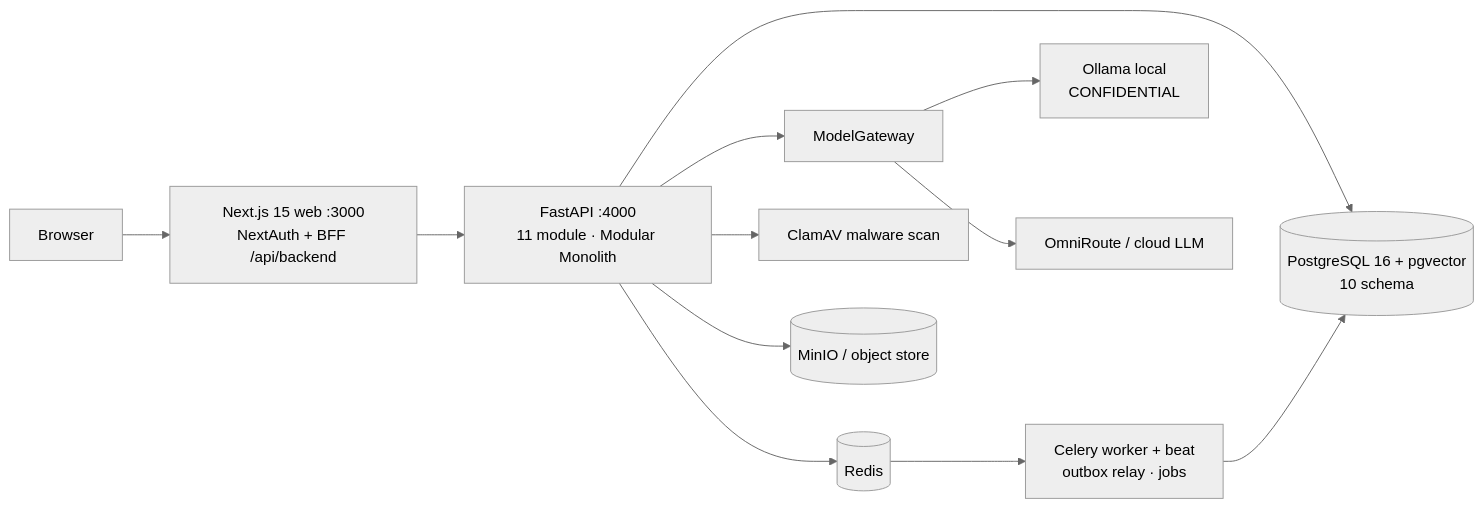
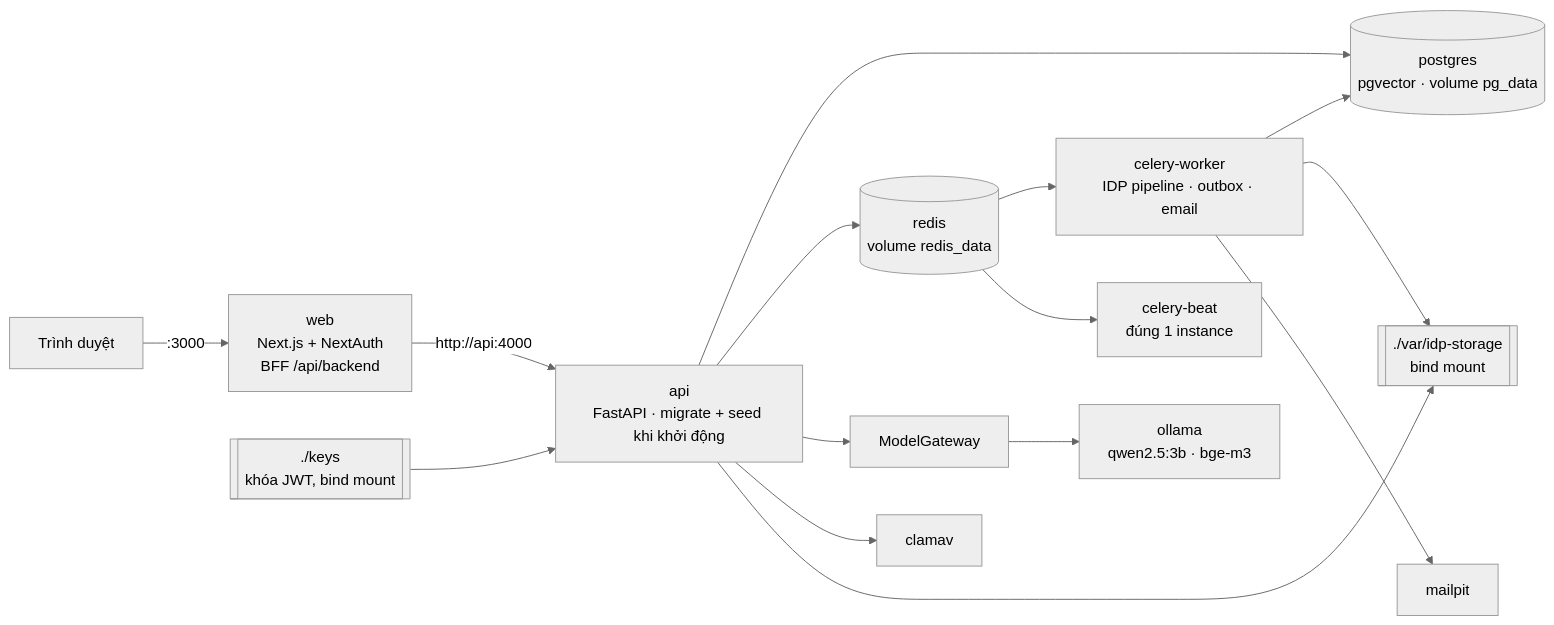
The diagram in README.md (hovikhanh/Aureon), drawn with Mermaid (neutral theme) before and after one commit. The commit also changed other lines of this file and 4 other files, not shown here.

Commit message:
docs: README rewritten for v4 — architecture, daily startup after a reboot, access, database, troubleshooting; ops runbook, R-DEC-202, TC-V4-26/27

````diff
--- a/README.md
+++ b/README.md
@@ -81,14 +47,17 @@
 ```mermaid
 flowchart LR
-  B[Browser] --> W[Next.js 15 web :3000<br/>NextAuth + BFF /api/backend]
-  W --> A[FastAPI :4000<br/>11 module · Modular Monolith]
-  A --> P[(PostgreSQL 16 + pgvector<br/>10 schema)]
-  A --> R[(Redis)]
-  R --> C[Celery worker + beat<br/>outbox relay · jobs]
-  C --> P
+  B[Trình duyệt] -->|:3000| W[web<br/>Next.js + NextAuth<br/>BFF /api/backend]
+  W -->|http://api:4000| A[api<br/>FastAPI · migrate + seed khi khởi động]
+  A --> P[(postgres<br/>pgvector · volume pg_data)]
+  A --> R[(redis<br/>volume redis_data)]
   A --> G[ModelGateway]
-  G --> O[Ollama local<br/>CONFIDENTIAL]
-  G --> X[OmniRoute / cloud LLM]
-  A --> V[ClamAV malware scan]
-  A --> S[(MinIO / object store)]
+  G --> O[ollama<br/>qwen2.5:3b · bge-m3]
+  A --> V[clamav]
+  A --> F[[./var/idp-storage<br/>bind mount]]
+  K[[./keys<br/>khóa JWT, bind mount]] --> A
+  R --> CW[celery-worker<br/>IDP pipeline · outbox · email]
+  R --> CB[celery-beat<br/>đúng 1 instance]
+  CW --> P
+  CW --> F
+  CW --> M[mailpit]
 ```
````
